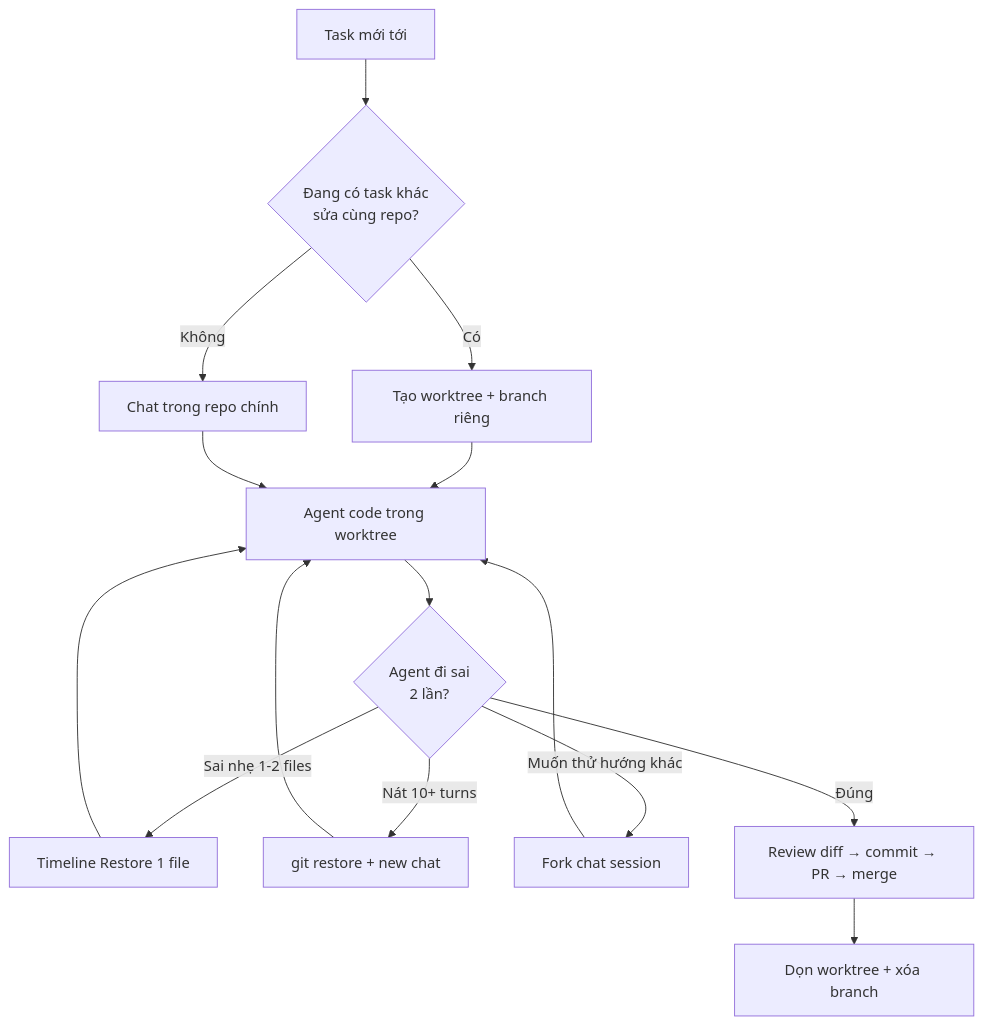
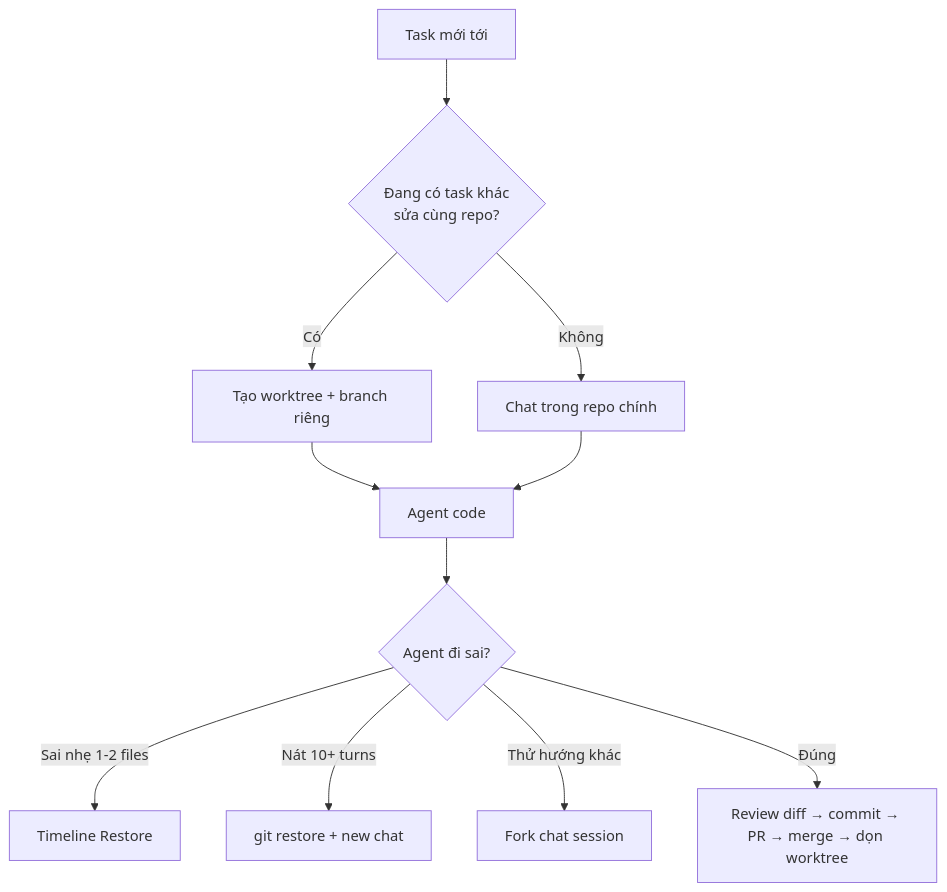
Before and after one commit to nbhson/tutorial-github-copilot: the diagram in 01-huong-dan-su-dung/11-git-worktrees-checkpoints.md, drawn with Mermaid. The commit also changed other lines of this file and 41 other files, not shown here.

````diff
--- a/01-huong-dan-su-dung/11-git-worktrees-checkpoints.md
+++ b/01-huong-dan-su-dung/11-git-worktrees-checkpoints.md
@@ -75,17 +32,13 @@
 ```mermaid
 flowchart TD
     A[Task mới tới] --> B{Đang có task khác<br/>sửa cùng repo?}
     B -->|Có| C[Tạo worktree + branch riêng]
     B -->|Không| D[Chat trong repo chính]
-    C --> E[Agent code trong worktree]
+    C --> E[Agent code]
     D --> E
-    E --> F{Agent đi sai<br/>2 lần?}
-    F -->|Sai nhẹ 1-2 files| G[Timeline Restore 1 file]
+    E --> F{Agent đi sai?}
+    F -->|Sai nhẹ 1-2 files| G[Timeline Restore]
     F -->|Nát 10+ turns| H[git restore + new chat]
-    F -->|Muốn thử hướng khác| I[Fork chat session]
-    F -->|Đúng| J[Review diff → commit → PR → merge]
-    G --> E
-    H --> E
-    I --> E
-    J --> K[Dọn worktree + xóa branch]
+    F -->|Thử hướng khác| I[Fork chat session]
+    F -->|Đúng| J[Review diff → commit → PR → merge → dọn worktree]
 ```
````
